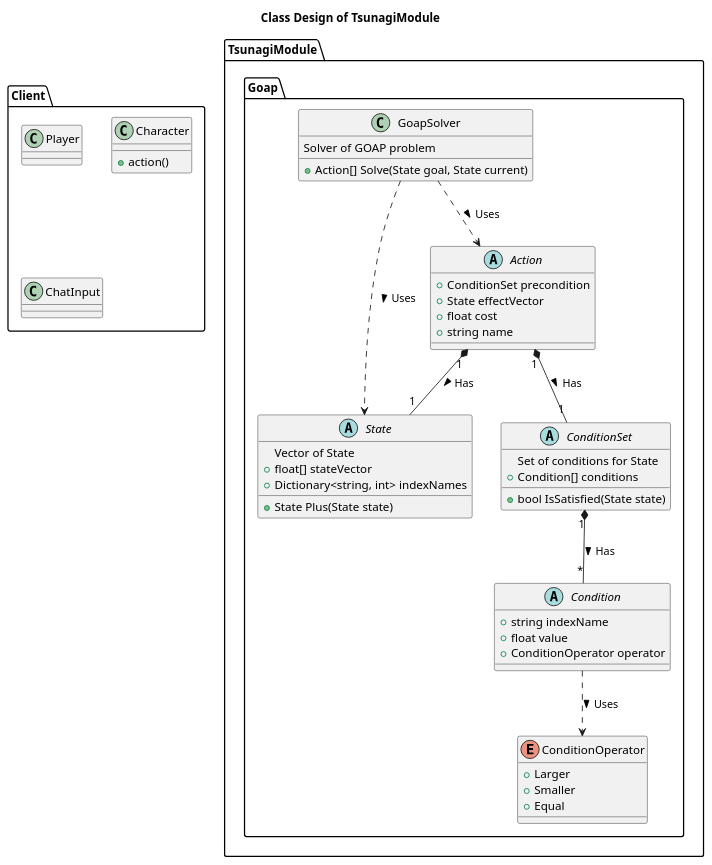
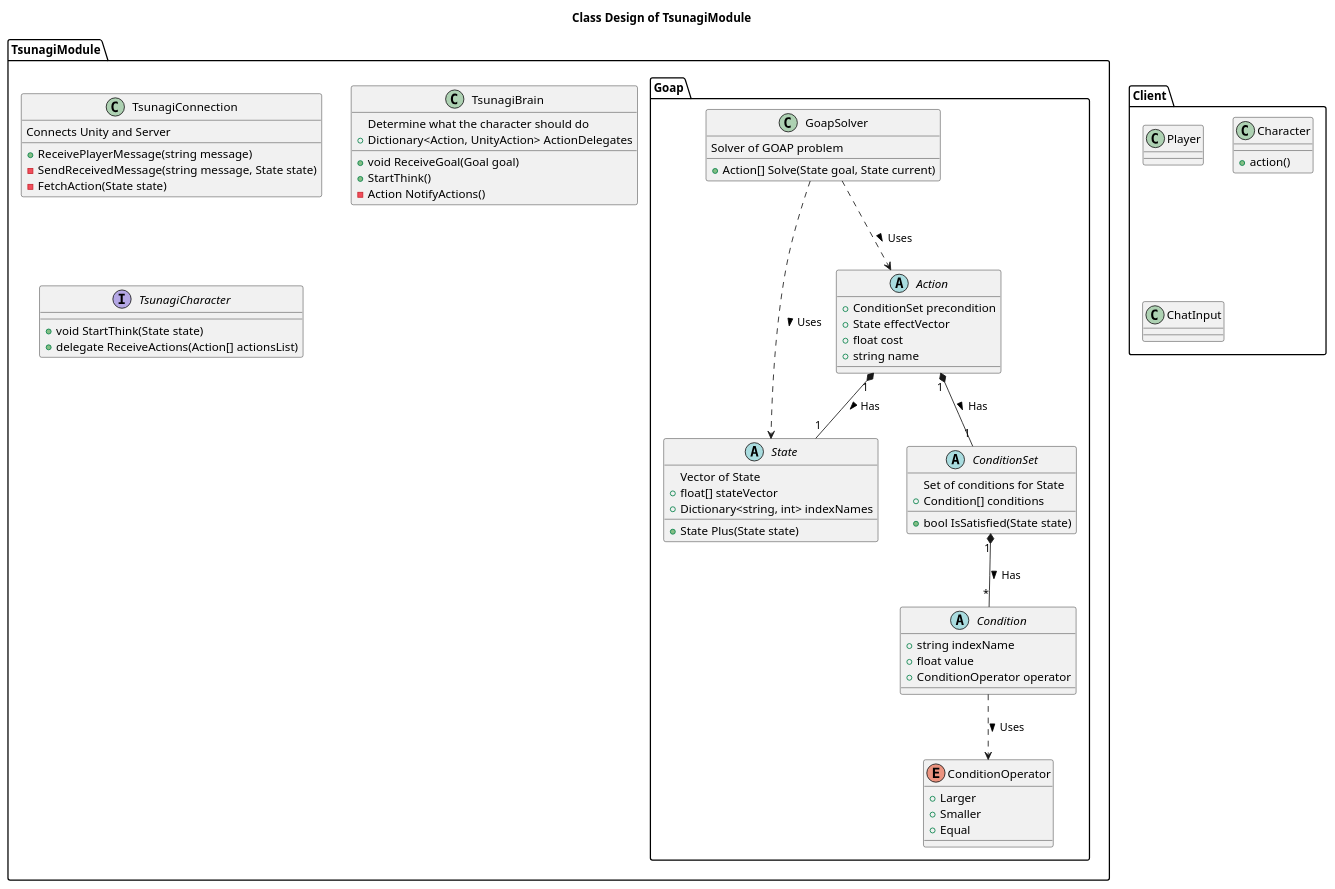
One commit to tsunagi-ai/UnityModuleDesign changed the diagram in classes.puml. Above: the diagram before and after it, drawn with PlantUML.

Commit message:
tsunagi basic classes

```diff
--- a/classes.puml
+++ b/classes.puml
@@ -1,65 +1,84 @@
 @startuml
 title Class Design of TsunagiModule
 
 package TsunagiModule {
+  class TsunagiConnection {
+    Connects Unity and Server
+    +ReceivePlayerMessage(string message)
+    -SendReceivedMessage(string message, State state)
+    -FetchAction(State state)
+  }
+
+  class TsunagiBrain {
+    Determine what the character should do
+    +Dictionary<Action, UnityAction> ActionDelegates
+    +void ReceiveGoal(Goal goal)
+    +StartThink()
+    -Action NotifyActions()
+  }
+
+  interface TsunagiCharacter {
+    +void StartThink(State state)
+    +delegate ReceiveActions(Action[] actionsList)
+  }
 
   package Goap{
     class GoapSolver {
       Solver of GOAP problem
       +Action[] Solve(State goal, State current)
     }
 
     abstract State{
       Vector of State
       +State Plus(State state)
       +float[] stateVector
       +Dictionary<string, int> indexNames
     }
     GoapSolver ..> State : Uses >
 
     abstract Action {
       +ConditionSet precondition
       +State effectVector
       +float cost
       +string name
     }
     GoapSolver ..> Action : Uses >
     Action "1" *-- "1" State : Has >
 
     abstract ConditionSet{
       Set of conditions for State
       +bool IsSatisfied(State state)
       +Condition[] conditions
     }
     Action "1" *-- "1" ConditionSet : Has >
 
     abstract Condition{
       +string indexName
       +float value
       +ConditionOperator operator
     }
     ConditionSet "1" *-- "*" Condition : Has >
 
     enum ConditionOperator {
       +Larger
       +Smaller
       +Equal
     }
     Condition ..> ConditionOperator : Uses >
   }
 }
 
 package Client{
   class Player {
   }
 
   class Character {
     +action()
   }
 
   class ChatInput {
 
   }
 }
 
 @enduml
```
